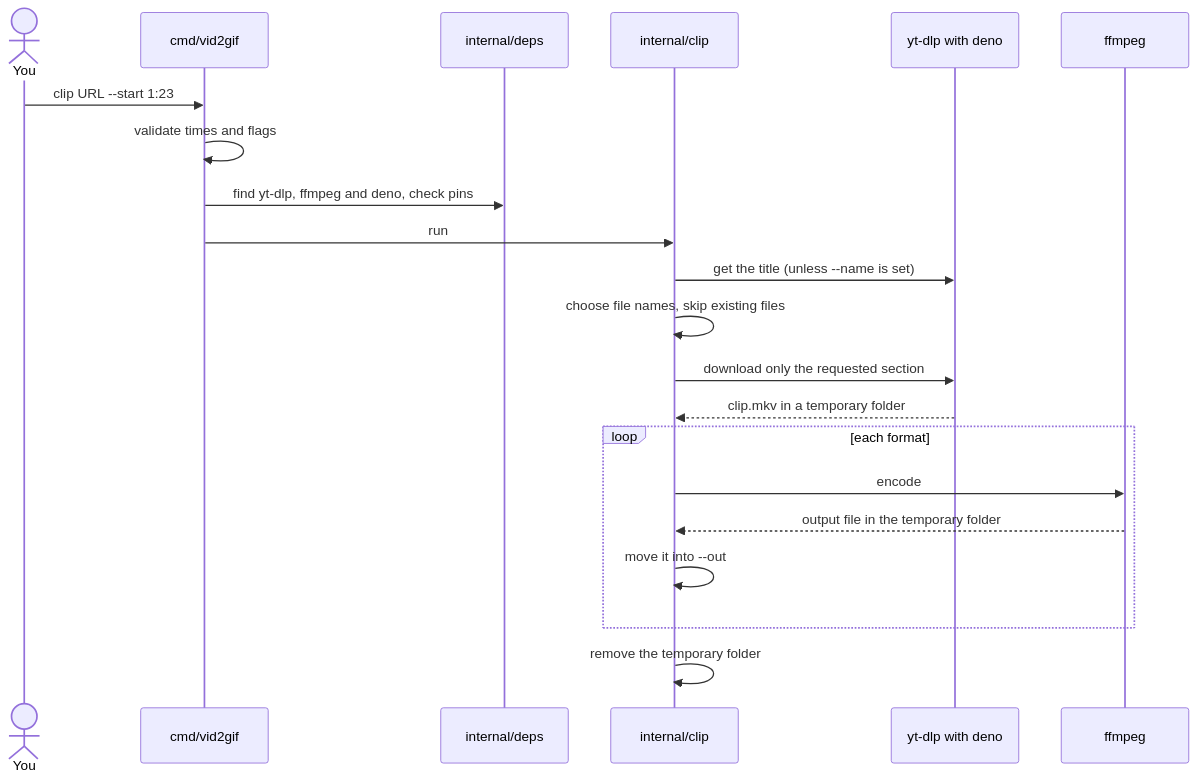
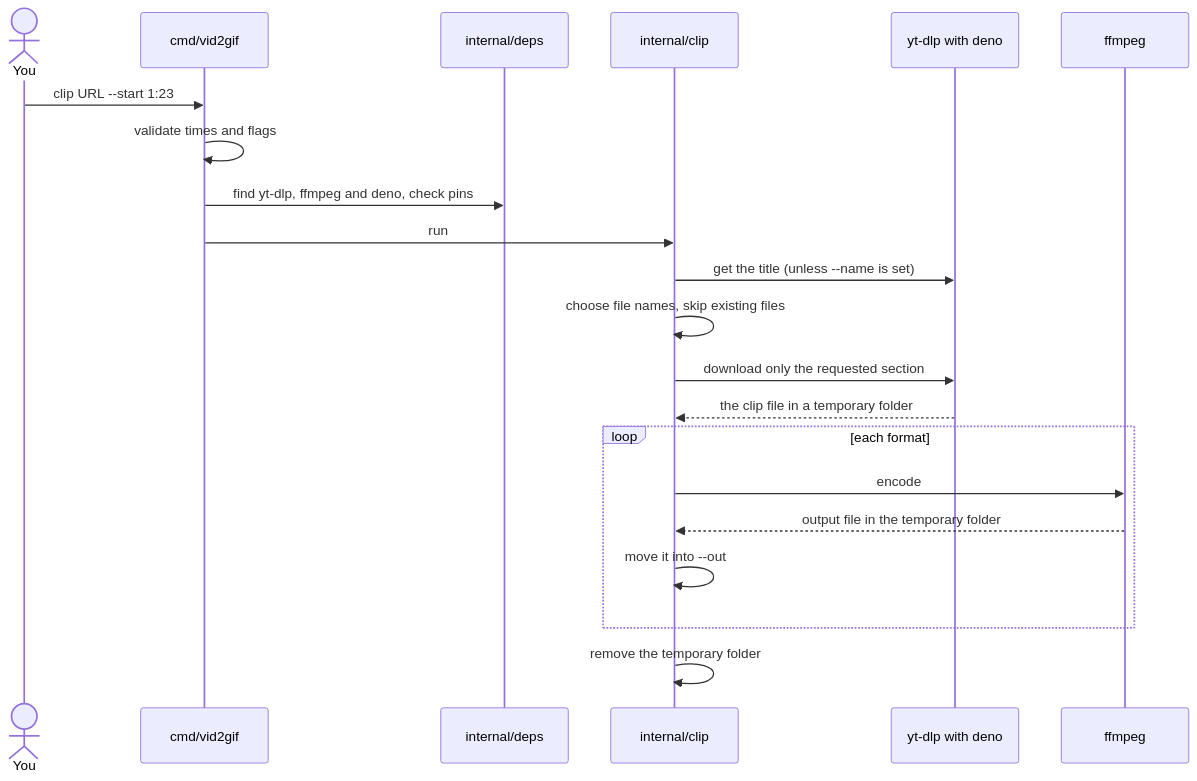
Before and after one commit to noktoa/vid2gif: the second of 2 diagrams in README.md, drawn with Mermaid. The commit also changed other lines of this file, not shown here.

Commit message:
docs: README accuracy fixes (--no-pin lookup, temp folder location, title fetch, quality wording, Go version)

````diff
--- a/README.md
+++ b/README.md
@@ -155,24 +155,24 @@
 ```mermaid
 sequenceDiagram
     actor You
     participant CLI as cmd/vid2gif
     participant Deps as internal/deps
     participant Clip as internal/clip
     participant YT as yt-dlp with deno
     participant FF as ffmpeg
 
     You->>CLI: clip URL --start 1:23
     CLI->>CLI: validate times and flags
     CLI->>Deps: find yt-dlp, ffmpeg and deno, check pins
     CLI->>Clip: run
     Clip->>YT: get the title (unless --name is set)
     Clip->>Clip: choose file names, skip existing files
     Clip->>YT: download only the requested section
-    YT-->>Clip: clip.mkv in a temporary folder
+    YT-->>Clip: the clip file in a temporary folder
     loop each format
         Clip->>FF: encode
         FF-->>Clip: output file in the temporary folder
         Clip->>Clip: move it into --out
     end
     Clip->>Clip: remove the temporary folder
 ```
````
